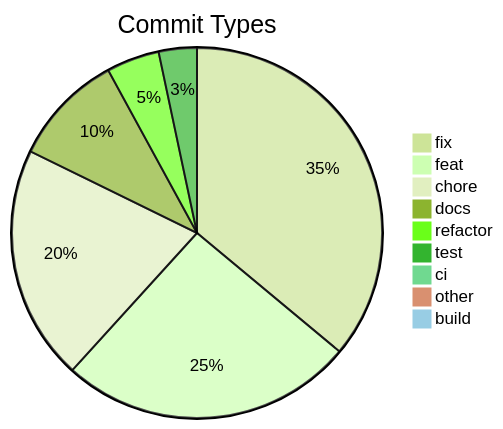
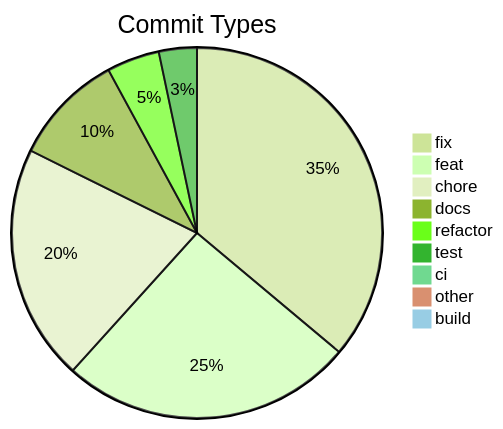
One commit to svenroth-ai/shipwright-webui changed the diagram in .shipwright/compliance/change-history.md. Above: the diagram before and after it, drawn with Mermaid (forest theme). The commit also changed other lines of this file and 18 other files, not shown here.

````diff
--- a/.shipwright/compliance/change-history.md
+++ b/.shipwright/compliance/change-history.md
@@ -8,12 +8,12 @@
 ```mermaid
 pie title Commit Types
-    "fix" : 195
+    "fix" : 196
     "feat" : 139
-    "chore" : 111
+    "chore" : 112
     "docs" : 53
     "refactor" : 25
     "test" : 18
     "ci" : 5
     "other" : 4
     "build" : 1
 ```
````
